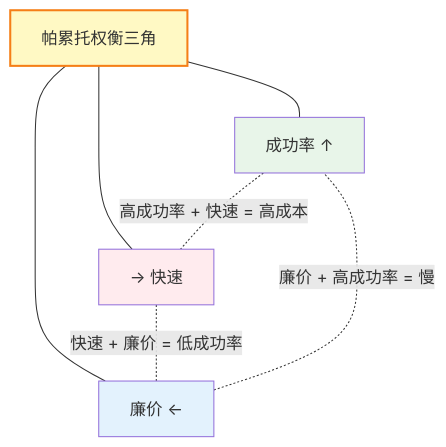
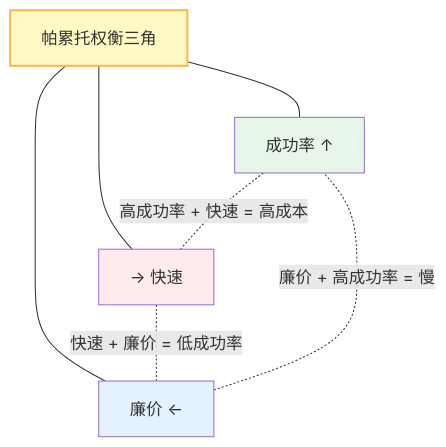
Before and after one commit to yeasy/harness_engineering_guide: the diagram in 14_future/14.3_open_problems.md, drawn with Mermaid. The commit also changed 10 other files, not shown here.

Commit message:
Fix saturated Mermaid stroke colors

````diff
--- a/14_future/14.3_open_problems.md
+++ b/14_future/14.3_open_problems.md
@@ -297,20 +297,20 @@
 ```mermaid
 graph TD
     A["帕累托权衡三角"]
     B["成功率 ↑"]
     C["廉价 ←"]
     D["→ 快速"]
 
     A --- B
     A --- C
     A --- D
 
     B -.-|"高成功率 + 快速 = 高成本"| D
     C -.-|"廉价 + 高成功率 = 慢"| B
     D -.-|"快速 + 廉价 = 低成功率"| C
 
-    style A fill:#fff9c4,stroke:#f57f17,stroke-width:2px
+    style A fill:#fff9c4,stroke:#ffb74d,stroke-width:2px
     style B fill:#e8f5e9
     style C fill:#e3f2fd
     style D fill:#ffebee
 ```
````
